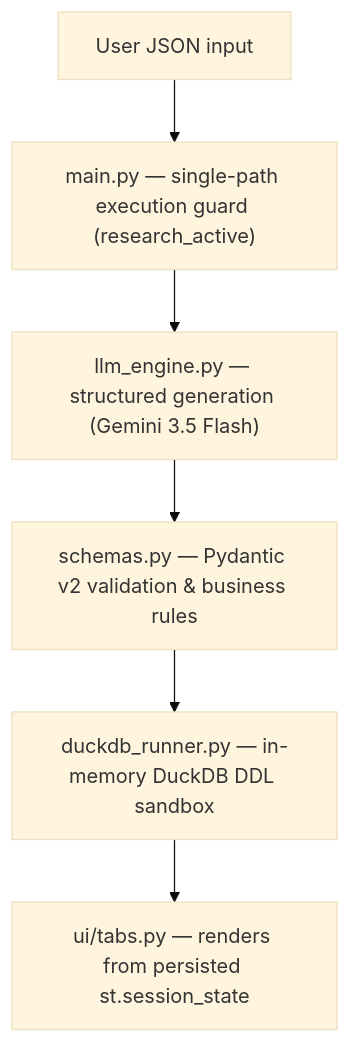
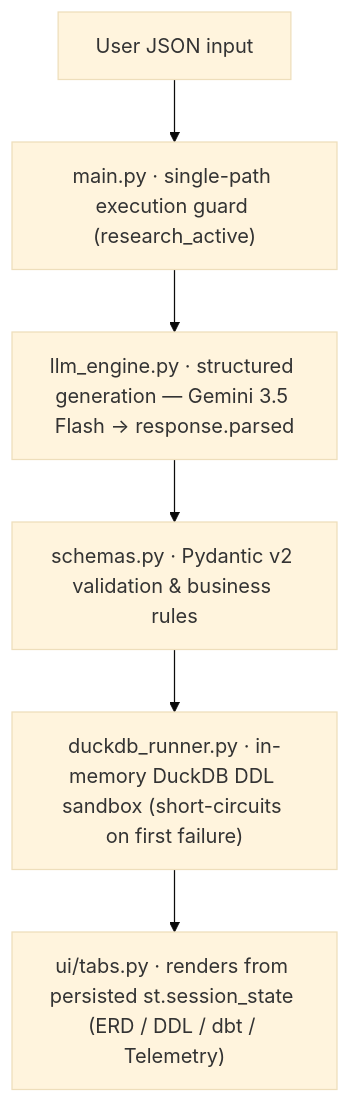
The diagram in README.md (Ali-datasmith/star-schema-generator), drawn with Mermaid (base theme) before and after one commit. The commit also changed other lines of this file, not shown here.

````diff
--- a/README.md
+++ b/README.md
@@ -74,8 +59,8 @@
 ```mermaid
 flowchart TD
-    A[User JSON input] --> B["main.py — single-path execution guard (research_active)"]
-    B --> C["llm_engine.py — structured generation (Gemini 3.5 Flash)"]
-    C --> D["schemas.py — Pydantic v2 validation & business rules"]
-    D --> E["duckdb_runner.py — in-memory DuckDB DDL sandbox"]
-    E --> F["ui/tabs.py — renders from persisted st.session_state"]
+    A["User JSON input"] --> B["main.py · single-path execution guard (research_active)"]
+    B --> C["llm_engine.py · structured generation — Gemini 3.5 Flash → response.parsed"]
+    C --> D["schemas.py · Pydantic v2 validation & business rules"]
+    D --> E["duckdb_runner.py · in-memory DuckDB DDL sandbox (short-circuits on first failure)"]
+    E --> F["ui/tabs.py · renders from persisted st.session_state (ERD / DDL / dbt / Telemetry)"]
 ```
````
